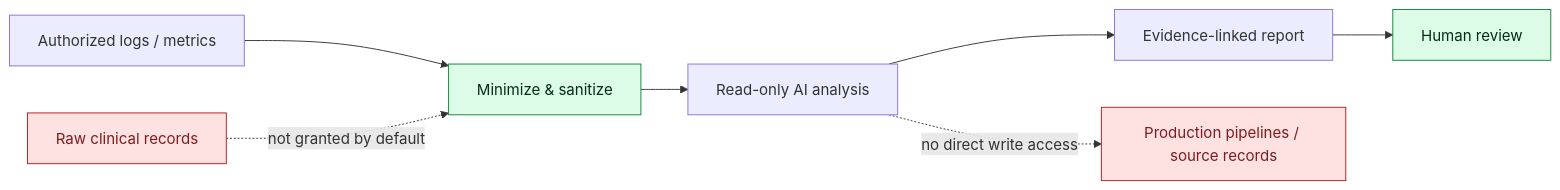
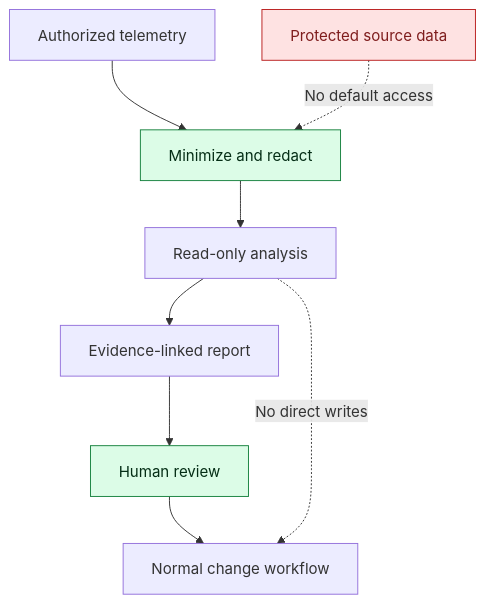
The second of 2 diagrams in README.md (CAUCOLabs/intelligent-data-pipeline-engineering), drawn with Mermaid before and after one commit. The commit also changed other lines of this file, not shown here.

Commit message:
docs: refine architecture proposal and diagnostic scenarios

````diff
--- a/README.md
+++ b/README.md
@@ -118,13 +113,14 @@
 ```mermaid
-flowchart LR
-  L["Authorized logs / metrics"] --> M["Minimize & sanitize"]
-  M --> P["Read-only AI analysis"]
-  P --> V["Evidence-linked report"]
-  V --> H["Human review"]
-  X["Raw clinical records"] -. "not granted by default" .-> M
-  P -. "no direct write access" .-> Y["Production pipelines / source records"]
+flowchart TB
+  E["Authorized telemetry"] --> F["Minimize and redact"]
+  F --> R["Read-only analysis"]
+  R --> C["Evidence-linked report"]
+  C --> H["Human review"]
+  H --> W["Normal change workflow"]
+  B["Protected source data"] -. "No default access" .-> F
+  R -. "No direct writes" .-> W
   classDef safe fill:#dcfce7,stroke:#15803d,color:#052e16;
   classDef restricted fill:#fee2e2,stroke:#b91c1c,color:#7f1d1d;
-  class M,H safe;
-  class X,Y restricted;
+  class F,H safe;
+  class B restricted;
 ```
````
